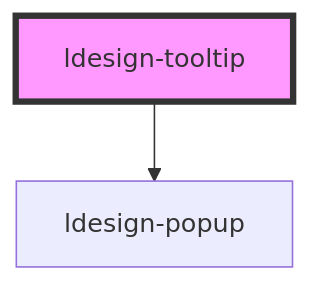
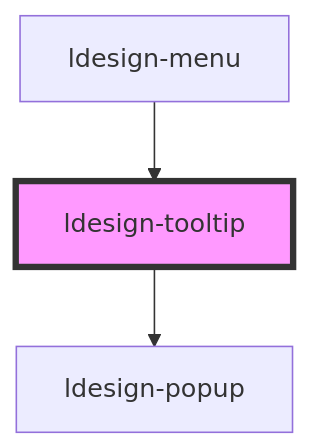
One commit to poly1603/ldesign changed the diagram in packages/webcomponent/src/components/tooltip/readme.md. Above: the diagram before and after it, drawn with Mermaid. The commit also changed other lines of this file and 12 other files, not shown here.

````diff
--- a/packages/webcomponent/src/components/tooltip/readme.md
+++ b/packages/webcomponent/src/components/tooltip/readme.md
@@ -34,5 +38,6 @@
 ```mermaid
 graph TD;
   ldesign-tooltip --> ldesign-popup
+  ldesign-menu --> ldesign-tooltip
   style ldesign-tooltip fill:#f9f,stroke:#333,stroke-width:4px
 ```
````
